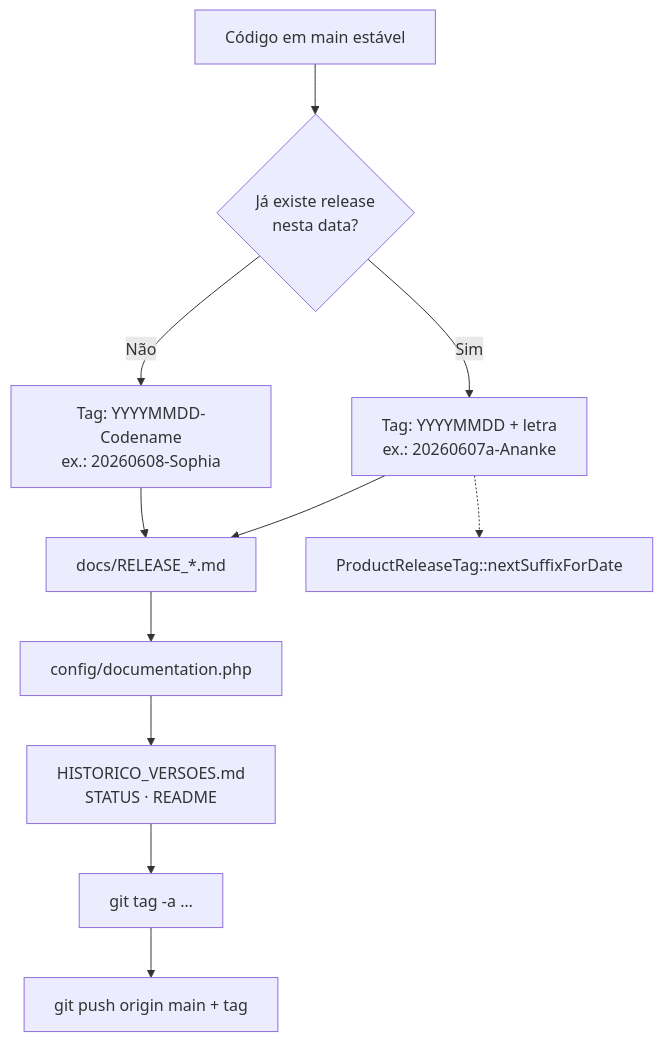
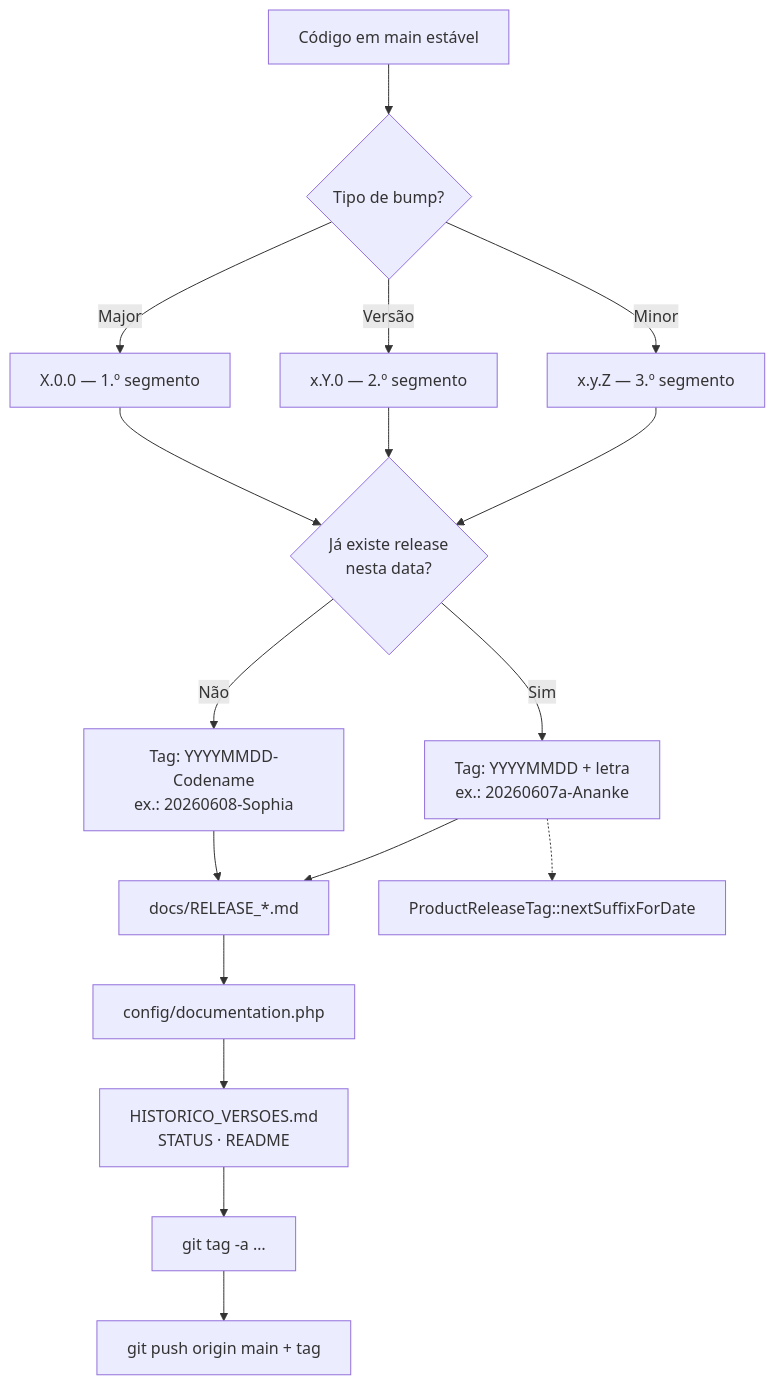
One commit to JaderGabriel/serventec-servlitcys changed the fifth of 8 diagrams in docs/ARQUITETURA_E_FLUXOS.md. Above: the diagram before and after it, drawn with Mermaid. The commit also changed other lines of this file and 13 other files, not shown here.

````diff
--- a/docs/ARQUITETURA_E_FLUXOS.md
+++ b/docs/ARQUITETURA_E_FLUXOS.md
@@ -184,14 +184,20 @@
 ```mermaid
 flowchart TD
-    A[Código em main estável] --> B{Já existe release<br/>nesta data?}
+    A[Código em main estável] --> V{Tipo de bump?}
+    V -->|Major| V1["X.0.0 — 1.º segmento"]
+    V -->|Versão| V2["x.Y.0 — 2.º segmento"]
+    V -->|Minor| V3["x.y.Z — 3.º segmento"]
+    V1 --> B{Já existe release<br/>nesta data?}
+    V2 --> B
+    V3 --> B
     B -->|Não| C["Tag: YYYYMMDD-Codename<br/>ex.: 20260608-Sophia"]
     B -->|Sim| D["Tag: YYYYMMDD + letra<br/>ex.: 20260607a-Ananke"]
     C --> E[docs/RELEASE_*.md]
     D --> E
     E --> F[config/documentation.php]
     F --> G[HISTORICO_VERSOES.md<br/>STATUS · README]
     G --> H["git tag -a …"]
     H --> I[git push origin main + tag]
 
     D -.-> P[ProductReleaseTag::nextSuffixForDate]
 ```
````
